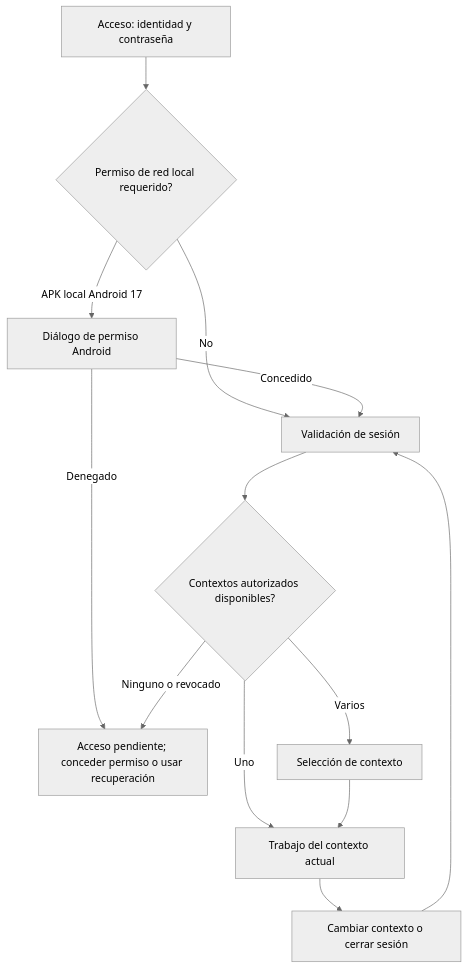
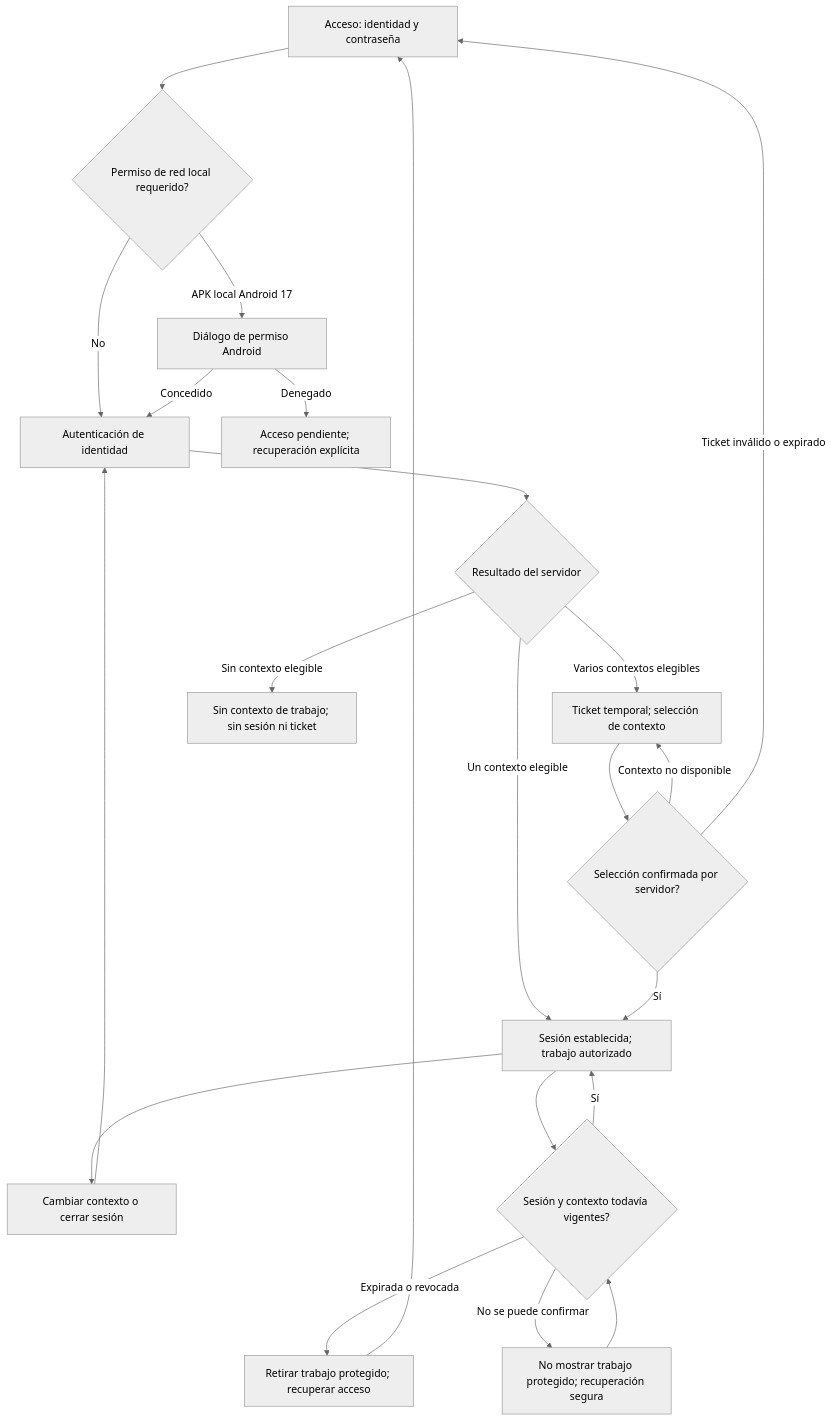
Before and after one commit to nexa-suite/mobile-report: the first of 6 diagrams in report/03-solution-ui-ux-design/3.1-product-design/3.1.4-mobile-applications-ux-ui-design/3.1.4.2-mobile-application-wireflows.md, drawn with Mermaid (neutral theme). The commit also changed 8 other files, not shown here.

Commit message:
docs(report): add role journeys and align architecture traceability

````diff
--- a/report/03-solution-ui-ux-design/3.1-product-design/3.1.4-mobile-applications-ux-ui-design/3.1.4.2-mobile-application-wireflows.md
+++ b/report/03-solution-ui-ux-design/3.1-product-design/3.1.4-mobile-applications-ux-ui-design/3.1.4.2-mobile-application-wireflows.md
@@ -35,15 +35,24 @@
 ```mermaid
 flowchart TD
     A[Acceso: identidad y contraseña] --> P{Permiso de red local requerido?}
     P -->|APK local Android 17| L[Diálogo de permiso Android]
-    P -->|No| S[Validación de sesión]
+    P -->|No| S[Autenticación de identidad]
     L -->|Concedido| S
-    L -->|Denegado| R[Acceso pendiente; conceder permiso o usar recuperación]
-    S --> C{Contextos autorizados disponibles?}
-    C -->|Uno| H[Trabajo del contexto actual]
-    C -->|Varios| X[Selección de contexto]
-    X --> H
-    C -->|Ninguno o revocado| R
+    L -->|Denegado| R[Acceso pendiente; recuperación explícita]
+    S --> C{Resultado del servidor}
+    C -->|Un contexto elegible| H[Sesión establecida; trabajo autorizado]
+    C -->|Varios contextos elegibles| X[Ticket temporal; selección de contexto]
+    X --> V{Selección confirmada por servidor?}
+    V -->|Sí| H
+    V -->|Contexto no disponible| X
+    V -->|Ticket inválido o expirado| A
+    C -->|Sin contexto elegible| N[Sin contexto de trabajo; sin sesión ni ticket]
     H --> Q[Cambiar contexto o cerrar sesión]
     Q --> S
+    H --> U{Sesión y contexto todavía vigentes?}
+    U -->|Sí| H
+    U -->|Expirada o revocada| B[Retirar trabajo protegido; recuperar acceso]
+    U -->|No se puede confirmar| W[No mostrar trabajo protegido; recuperación segura]
+    W --> U
+    B --> A
 ```
````
